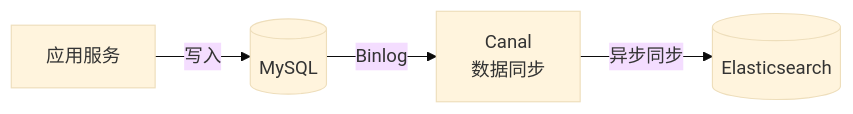
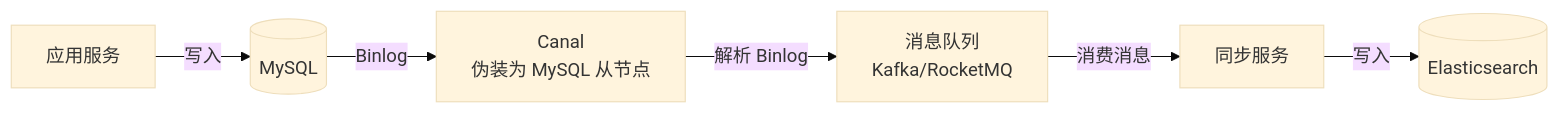
Before and after one commit to b1tzer/b1tzer.github.io: the fourth of 7 diagrams in docs/07-elasticsearch/08-数据一致性.md, drawn with Mermaid (base theme). The commit also changed other lines of this file and 4 other files, not shown here.

````diff
--- a/docs/07-elasticsearch/08-数据一致性.md
+++ b/docs/07-elasticsearch/08-数据一致性.md
@@ -15,6 +176,8 @@
 ```mermaid
 flowchart LR
     App[应用服务] -->|写入| MySQL[(MySQL)]
-    MySQL -->|Binlog| Canal[Canal<br>数据同步]
-    Canal -->|异步同步| ES[(Elasticsearch)]
+    MySQL -->|Binlog| Canal[Canal<br>伪装为 MySQL 从节点]
+    Canal -->|解析 Binlog| MQ[消息队列<br>Kafka/RocketMQ]
+    MQ -->|消费消息| Sync[同步服务]
+    Sync -->|写入| ES[(Elasticsearch)]
 ```
````
